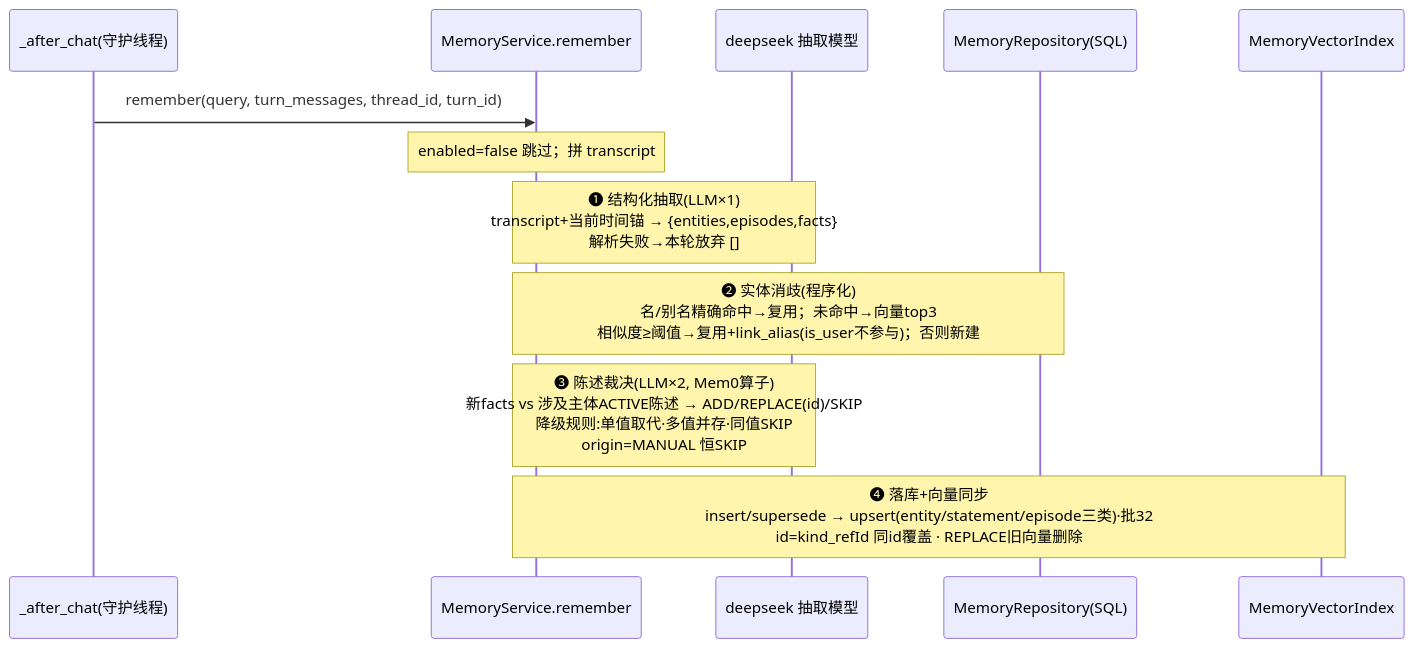
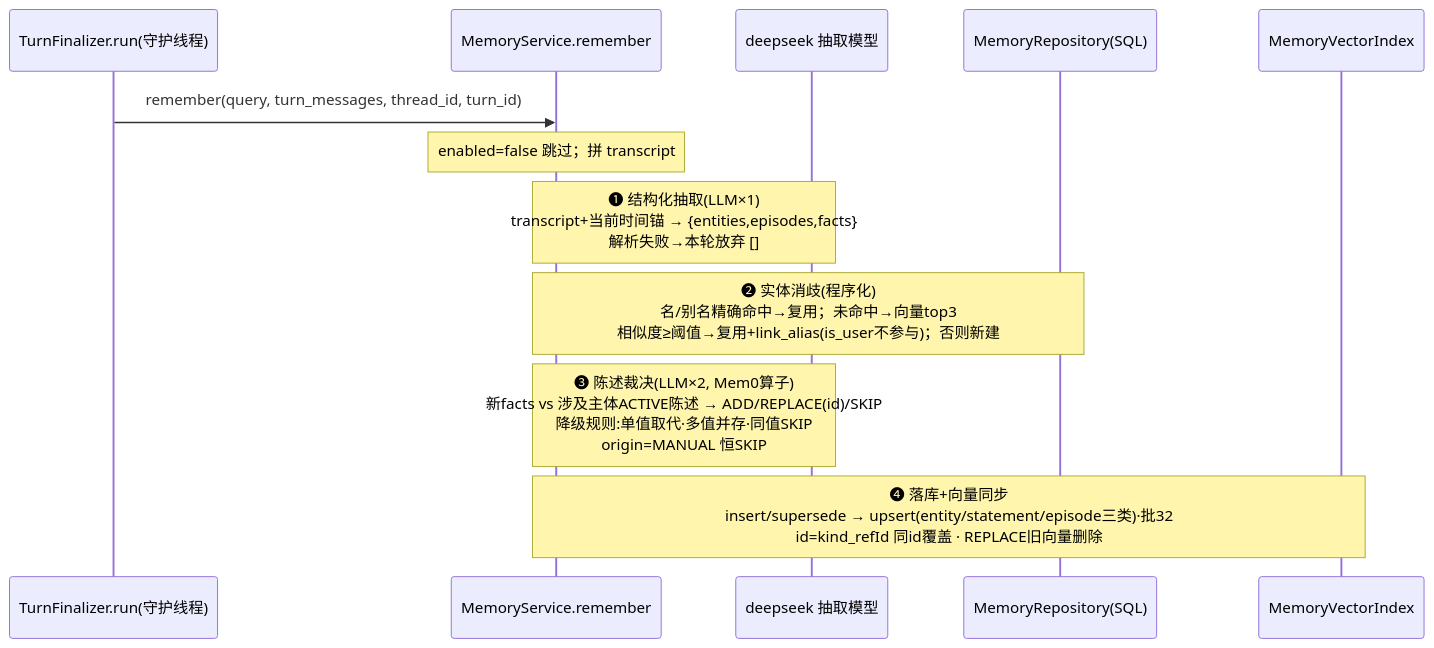
Before and after one commit to HankChenCH/agentic: the first of 2 diagrams in docs/memory-v2-design.md, drawn with Mermaid. The commit also changed other lines of this file and 42 other files, not shown here.

Commit message:
记忆v2:图谱快照/召回评分/实体消解/深召回落地,新增 memory 端点与领域记忆服务(附专项单测);weaviate gRPC 宿主端口改 50052 避让 Ollama 占用

````diff
--- a/docs/memory-v2-design.md
+++ b/docs/memory-v2-design.md
@@ -111,14 +120,14 @@
 ```mermaid
 sequenceDiagram
-    participant AGT as _after_chat(守护线程)
+    participant AGT as TurnFinalizer.run(守护线程)
     participant MS as MemoryService.remember
     participant LLM as deepseek 抽取模型
     participant REPO as MemoryRepository(SQL)
     participant IDX as MemoryVectorIndex
     AGT->>MS: remember(query, turn_messages, thread_id, turn_id)
     Note over MS: enabled=false 跳过；拼 transcript
     Note over MS,LLM: ❶ 结构化抽取(LLM×1)<br/>transcript+当前时间锚 → {entities,episodes,facts}<br/>解析失败→本轮放弃 []
     Note over MS,REPO: ❷ 实体消歧(程序化)<br/>名/别名精确命中→复用；未命中→向量top3<br/>相似度≥阈值→复用+link_alias(is_user不参与)；否则新建
     Note over MS,LLM: ❸ 陈述裁决(LLM×2, Mem0算子)<br/>新facts vs 涉及主体ACTIVE陈述 → ADD/REPLACE(id)/SKIP<br/>降级规则:单值取代·多值并存·同值SKIP<br/>origin=MANUAL 恒SKIP
     Note over MS,IDX: ❹ 落库+向量同步<br/>insert/supersede → upsert(entity/statement/episode三类)·批32<br/>id=kind_refId 同id覆盖 · REPLACE旧向量删除
 ```
````
